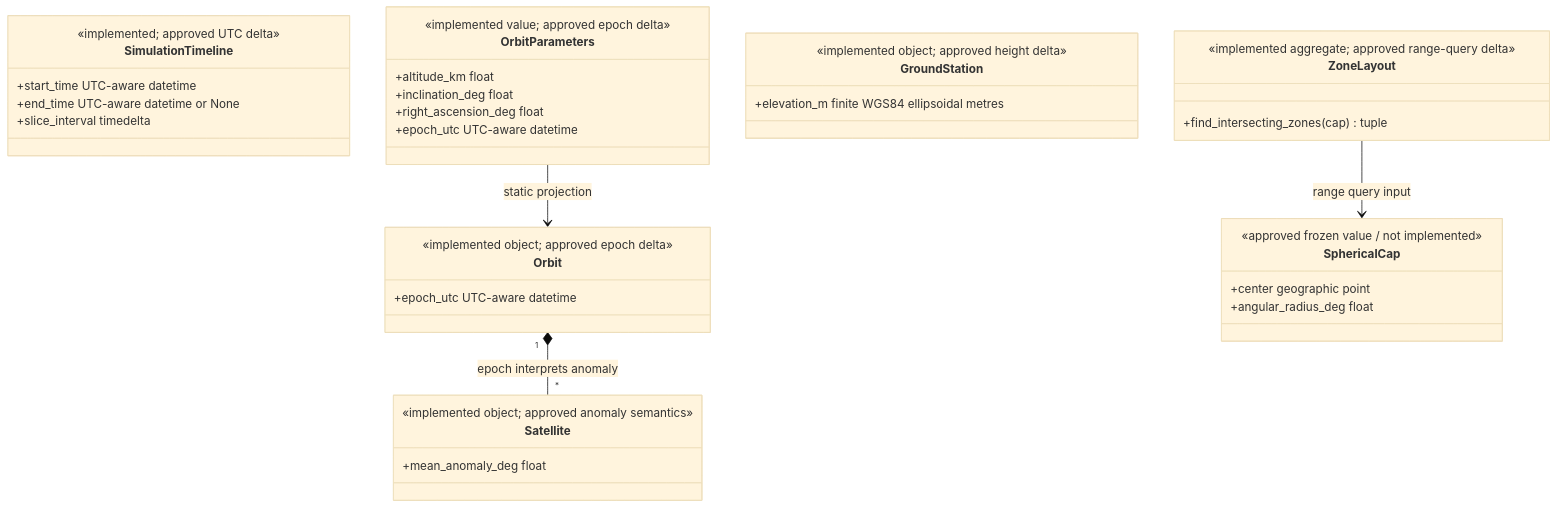
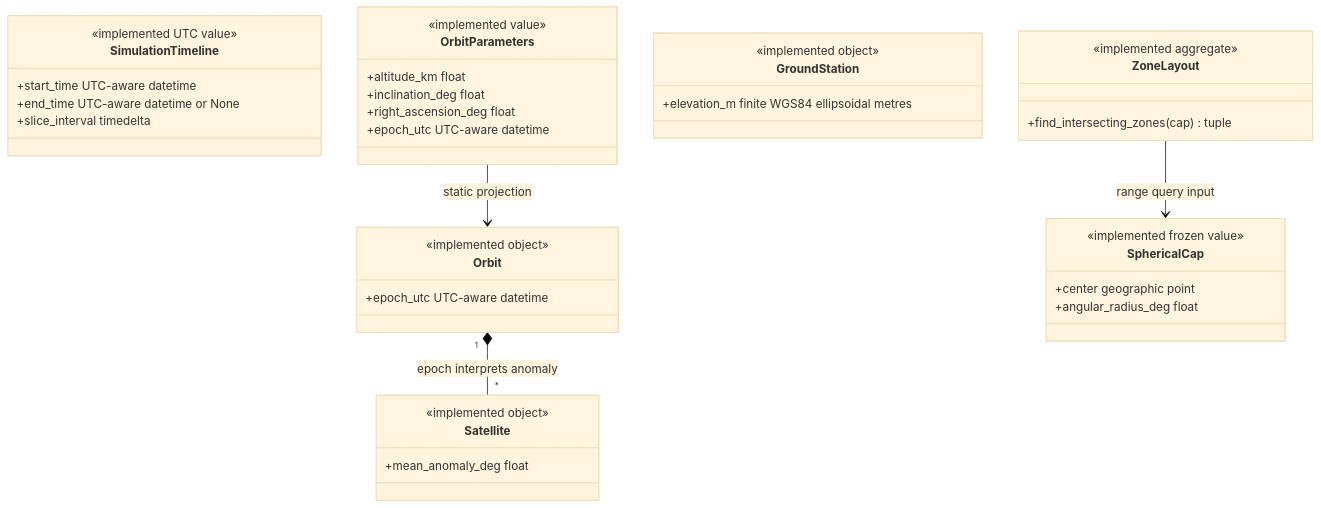
The seventh of 9 diagrams in skyseed_v2/docs/architecture/conceptual-class-diagrams.md (seed-labs/skyseed), drawn with Mermaid (base theme) before and after one commit. The commit also changed other lines of this file and 72 other files, not shown here.

````diff
--- a/skyseed_v2/docs/architecture/conceptual-class-diagrams.md
+++ b/skyseed_v2/docs/architecture/conceptual-class-diagrams.md
@@ -357,41 +364,41 @@
 ```mermaid
 classDiagram
     class SimulationTimeline {
-        <<implemented; approved UTC delta>>
+        <<implemented UTC value>>
         +start_time UTC-aware datetime
         +end_time UTC-aware datetime or None
         +slice_interval timedelta
     }
     class OrbitParameters {
-        <<implemented value; approved epoch delta>>
+        <<implemented value>>
         +altitude_km float
         +inclination_deg float
         +right_ascension_deg float
         +epoch_utc UTC-aware datetime
     }
     class Orbit {
-        <<implemented object; approved epoch delta>>
+        <<implemented object>>
         +epoch_utc UTC-aware datetime
     }
     class Satellite {
-        <<implemented object; approved anomaly semantics>>
+        <<implemented object>>
         +mean_anomaly_deg float
     }
     class GroundStation {
-        <<implemented object; approved height delta>>
+        <<implemented object>>
         +elevation_m finite WGS84 ellipsoidal metres
     }
     class SphericalCap {
-        <<approved frozen value / not implemented>>
+        <<implemented frozen value>>
         +center geographic point
         +angular_radius_deg float
     }
     class ZoneLayout {
-        <<implemented aggregate; approved range-query delta>>
+        <<implemented aggregate>>
         +find_intersecting_zones(cap) tuple
     }
 
     OrbitParameters --> Orbit : static projection
     Orbit "1" *-- "*" Satellite : epoch interprets anomaly
     ZoneLayout --> SphericalCap : range query input
 ```
````
